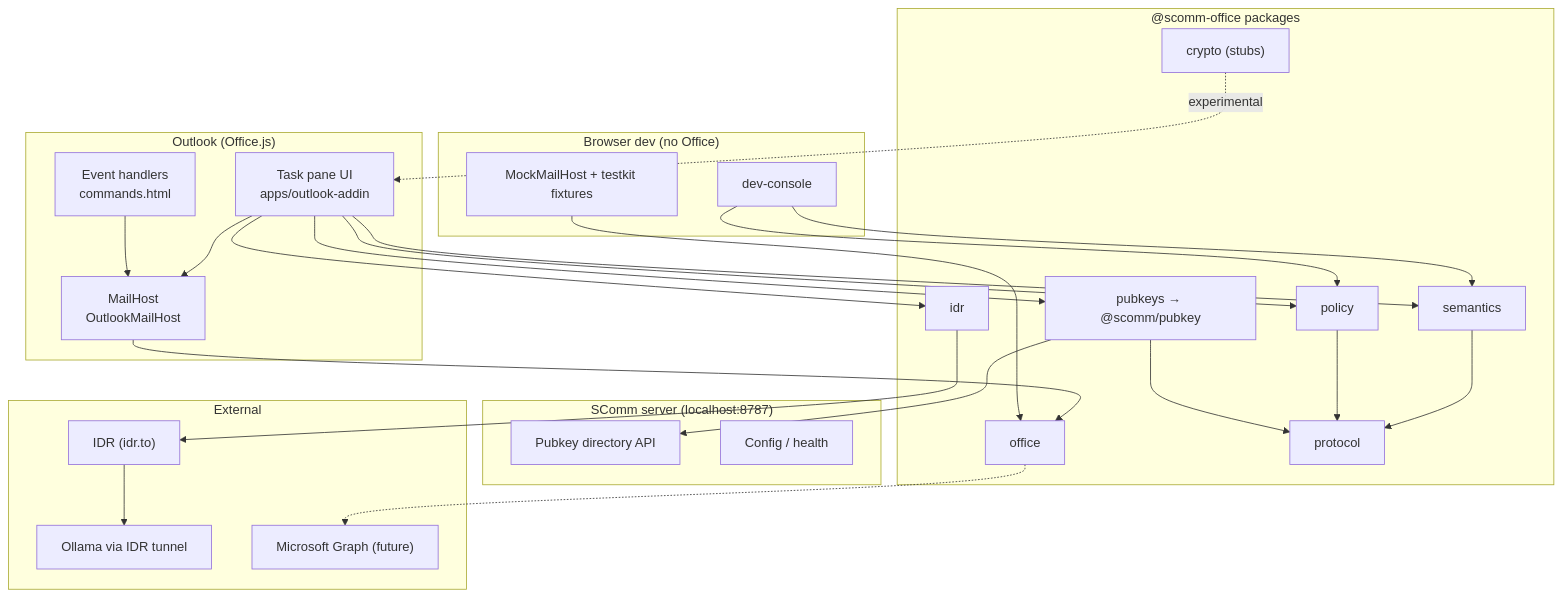
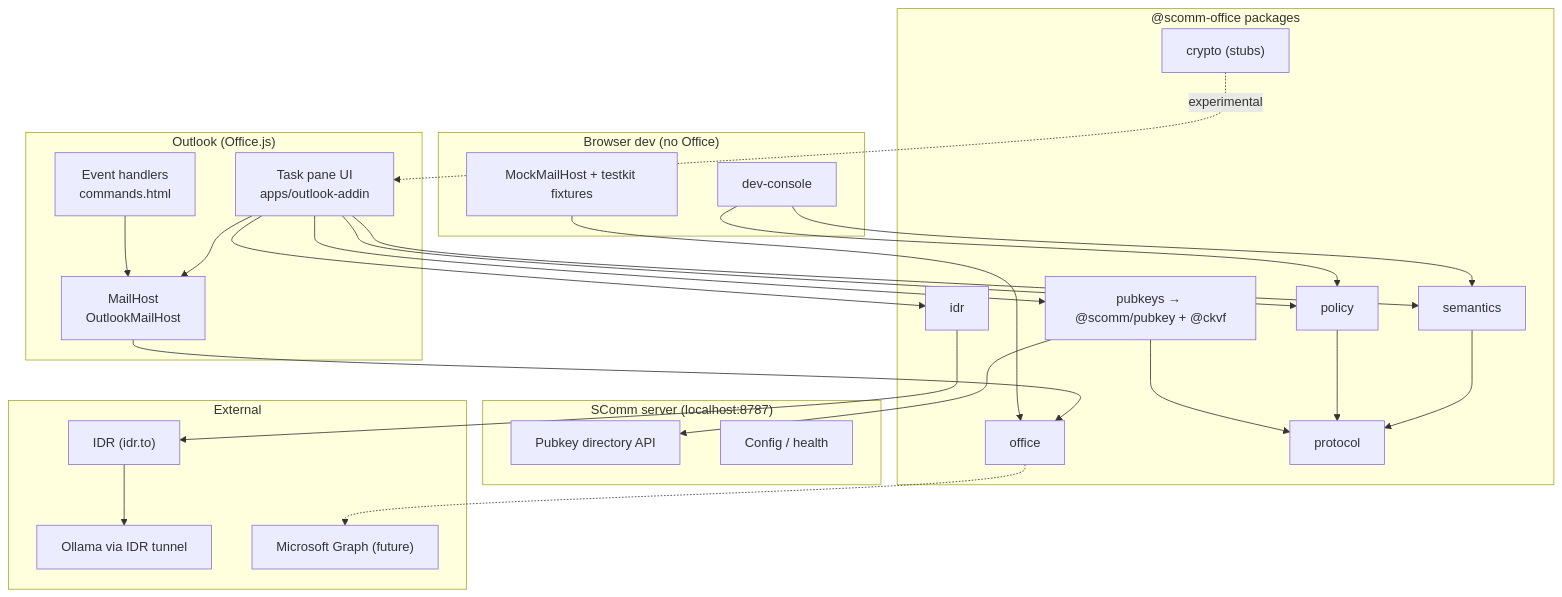
The diagram in README.md (scomm-ai/office), drawn with Mermaid before and after one commit. The commit also changed other lines of this file and 59 other files, not shown here.

First line of the commit message:
chore: update package dependencies and configuration for scomm-pubkey and scomm-pubkey-protocol

````diff
--- a/README.md
+++ b/README.md
@@ -20,52 +20,52 @@
 ```mermaid
 flowchart TB
   subgraph OutlookHost["Outlook (Office.js)"]
     TP["Task pane UI\napps/outlook-addin"]
     CMD["Event handlers\ncommands.html"]
     MH["MailHost\nOutlookMailHost"]
   end
 
   subgraph BrowserDev["Browser dev (no Office)"]
     MOCK["MockMailHost + testkit fixtures"]
     DC["dev-console"]
   end
 
   subgraph Packages["@scomm-office packages"]
     OFF["office"]
     SEM["semantics"]
     POL["policy"]
-    PK["pubkeys → @scomm/pubkey"]
+    PK["pubkeys → @scomm/pubkey + @ckvf"]
     IDR["idr"]
     PRO["protocol"]
     CRY["crypto (stubs)"]
   end
 
   subgraph Backend["SComm server (localhost:8787)"]
     API["Pubkey directory API"]
     CFG["Config / health"]
   end
 
   subgraph External["External"]
     IDRTO["IDR (idr.to)"]
     OLL["Ollama via IDR tunnel"]
     GRAPH["Microsoft Graph (future)"]
   end
 
   TP --> MH
   CMD --> MH
   MH --> OFF
   TP --> SEM
   TP --> POL
   TP --> PK
   TP --> IDR
   MOCK --> OFF
   DC --> SEM
   DC --> POL
   PK --> API
   IDR --> IDRTO --> OLL
   OFF -.-> GRAPH
   SEM --> PRO
   POL --> PRO
   PK --> PRO
   CRY -. "experimental" .-> TP
 ```
````
